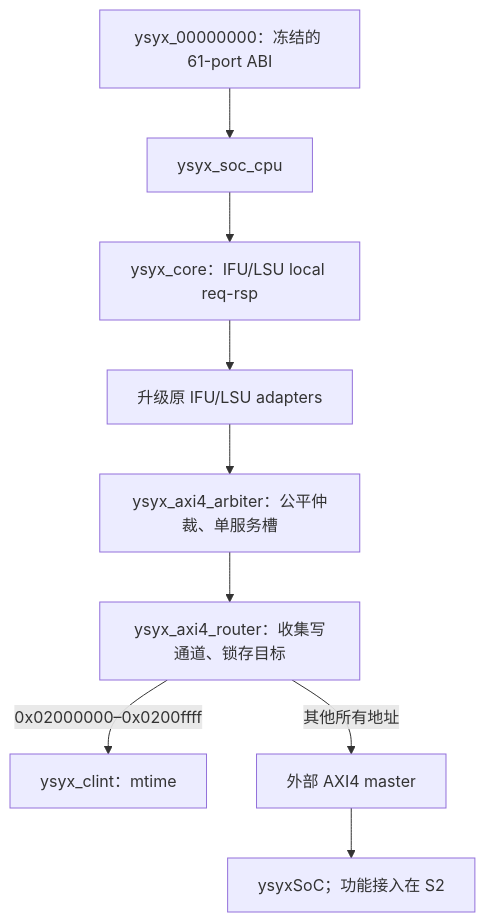
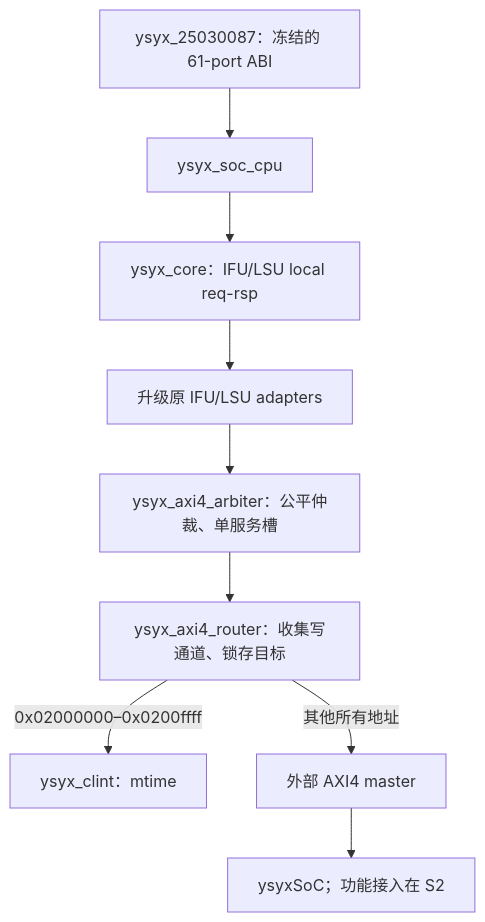
Before and after one commit to waxberry-chen/ysyx-workbench: the diagram in docs/notes/post-c/5-ysyx-soc-integration/1-axi4-interface.md, drawn with Mermaid. The commit also changed other lines of this file and 44 other files, not shown here.

````diff
--- a/docs/notes/post-c/5-ysyx-soc-integration/1-axi4-interface.md
+++ b/docs/notes/post-c/5-ysyx-soc-integration/1-axi4-interface.md
@@ -8,11 +10,11 @@
 ```mermaid
 flowchart TD
-    Wrapper[ysyx_00000000：冻结的 61-port ABI] --> Sub[ysyx_soc_cpu]
+    Wrapper[ysyx_25030087：冻结的 61-port ABI] --> Sub[ysyx_soc_cpu]
     Sub --> Core[ysyx_core：IFU/LSU local req-rsp]
     Core --> Adapters[升级原 IFU/LSU adapters]
     Adapters --> Arb[ysyx_axi4_arbiter：公平仲裁、单服务槽]
     Arb --> Router[ysyx_axi4_router：收集写通道、锁存目标]
     Router -->|0x02000000–0x0200ffff| CLINT[ysyx_clint：mtime]
     Router -->|其他所有地址| AXI[外部 AXI4 master]
     AXI --> SoC[ysyxSoC；功能接入在 S2]
 ```
````
